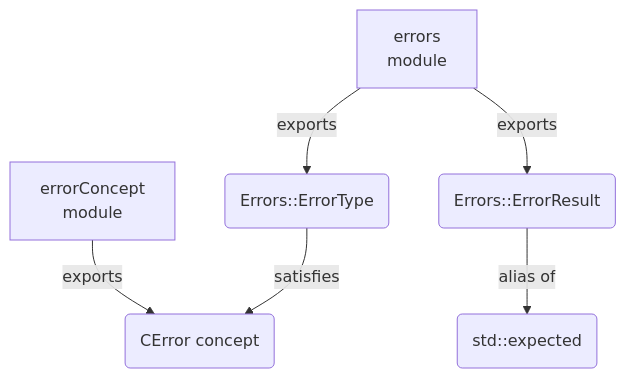
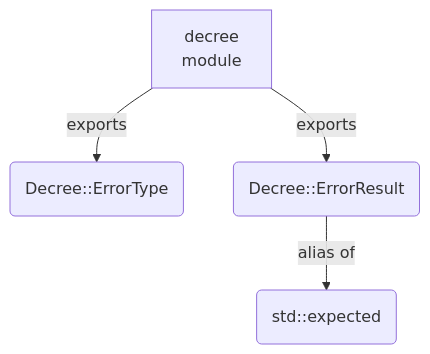
The first of 3 diagrams in doc/error_handling.md (dominikmaurer/decree), drawn with Mermaid before and after one commit. The commit also changed other lines of this file and 11 other files, not shown here.

````diff
--- a/doc/error_handling.md
+++ b/doc/error_handling.md
@@ -43,8 +40,6 @@
 ```mermaid
 graph TD
-    A[errorConcept<br/>module] -->|exports| B(CError concept)
-    C[errors<br/>module] -->|exports| D(Errors::ErrorType)
-    C -->|exports| E(Errors::ErrorResult)
+    C[decree<br/>module] -->|exports| D(Decree::ErrorType)
+    C -->|exports| E(Decree::ErrorResult)
     E -->|alias of| F(std::expected)
-    D -->|satisfies| B
 ```
````
